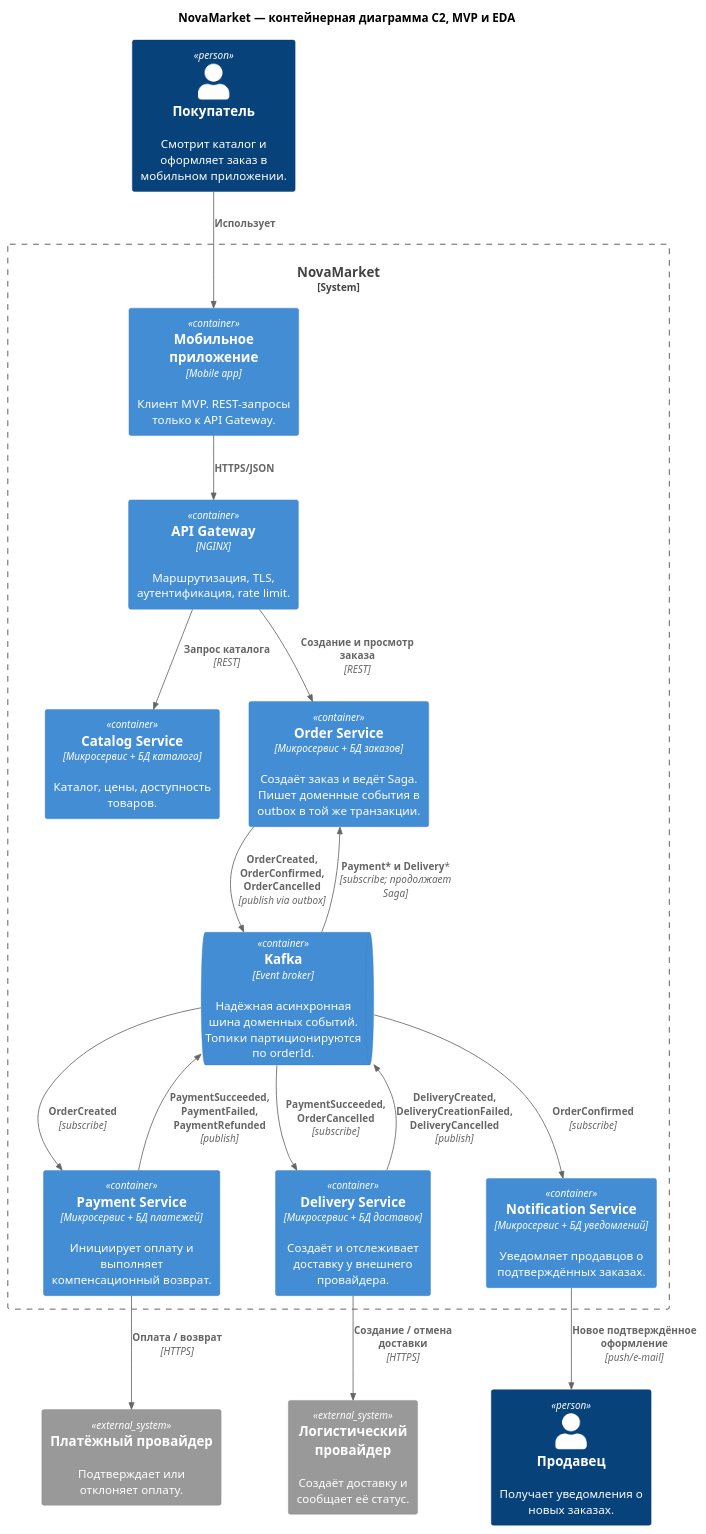
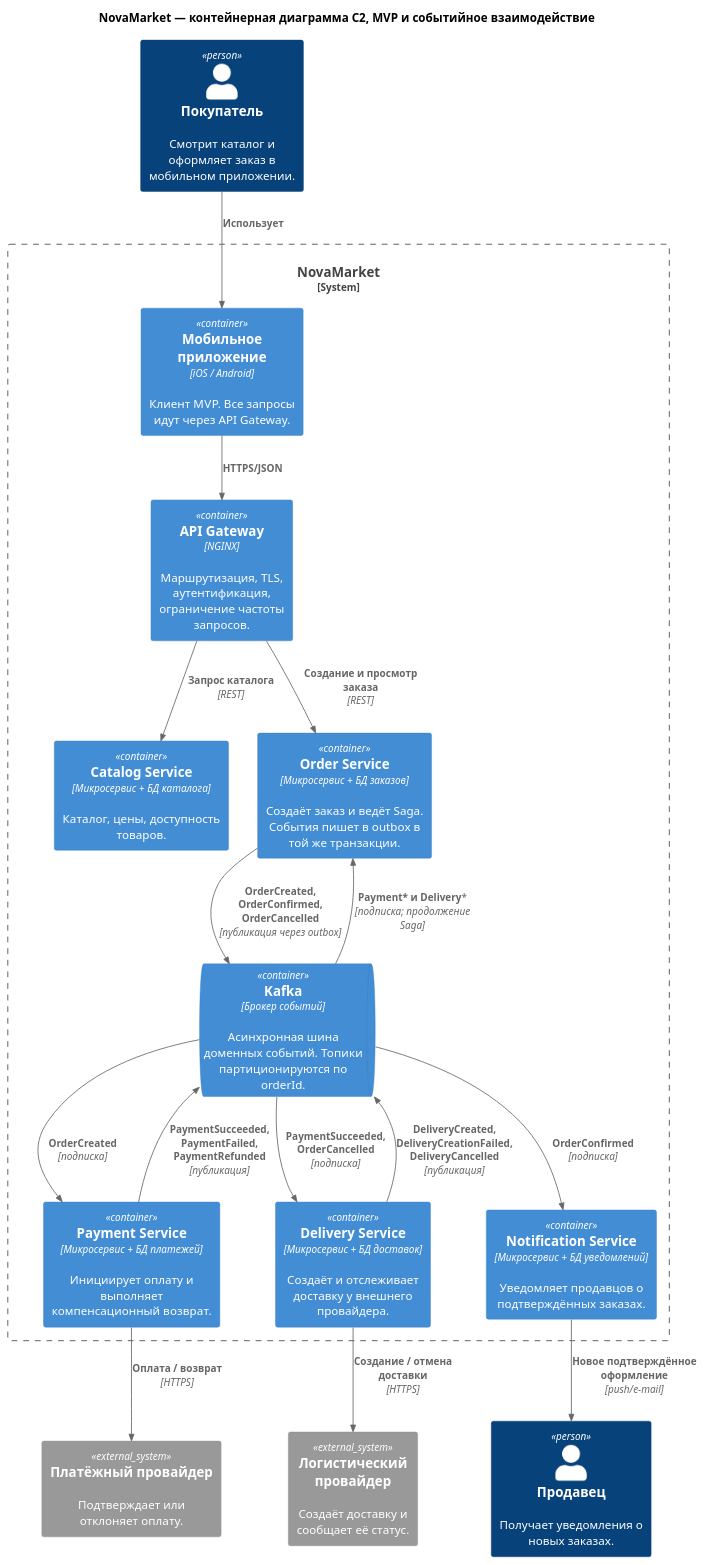
The diagram in Task1/c2-event-driven-architecture.puml (FFinn/MSA-3-NovaMarket-v1), drawn with PlantUML before and after one commit. The commit also changed 14 other files, not shown here.

```diff
--- a/Task1/c2-event-driven-architecture.puml
+++ b/Task1/c2-event-driven-architecture.puml
@@ -1,36 +1,36 @@
 @startuml
 !include <C4/C4_Container>
 LAYOUT_TOP_DOWN()
-title NovaMarket — контейнерная диаграмма C2, MVP и EDA
+title NovaMarket — контейнерная диаграмма C2, MVP и событийное взаимодействие
 
 Person(customer, "Покупатель", "Смотрит каталог и оформляет заказ в мобильном приложении.")
 Person(seller, "Продавец", "Получает уведомления о новых заказах.")
 System_Ext(payment, "Платёжный провайдер", "Подтверждает или отклоняет оплату.")
 System_Ext(logistics, "Логистический провайдер", "Создаёт доставку и сообщает её статус.")
 
 System_Boundary(novamarket, "NovaMarket") {
-  Container(mobile, "Мобильное приложение", "Mobile app", "Клиент MVP. REST-запросы только к API Gateway.")
-  Container(gateway, "API Gateway", "NGINX", "Маршрутизация, TLS, аутентификация, rate limit.")
+  Container(mobile, "Мобильное приложение", "iOS / Android", "Клиент MVP. Все запросы идут через API Gateway.")
+  Container(gateway, "API Gateway", "NGINX", "Маршрутизация, TLS, аутентификация, ограничение частоты запросов.")
   Container(catalog, "Catalog Service", "Микросервис + БД каталога", "Каталог, цены, доступность товаров.")
-  Container(order, "Order Service", "Микросервис + БД заказов", "Создаёт заказ и ведёт Saga. Пишет доменные события в outbox в той же транзакции.")
+  Container(order, "Order Service", "Микросервис + БД заказов", "Создаёт заказ и ведёт Saga. События пишет в outbox в той же транзакции.")
   Container(paymentService, "Payment Service", "Микросервис + БД платежей", "Инициирует оплату и выполняет компенсационный возврат.")
   Container(delivery, "Delivery Service", "Микросервис + БД доставок", "Создаёт и отслеживает доставку у внешнего провайдера.")
   Container(notification, "Notification Service", "Микросервис + БД уведомлений", "Уведомляет продавцов о подтверждённых заказах.")
-  ContainerQueue(kafka, "Kafka", "Event broker", "Надёжная асинхронная шина доменных событий. Топики партиционируются по orderId.")
+  ContainerQueue(kafka, "Kafka", "Брокер событий", "Асинхронная шина доменных событий. Топики партиционируются по orderId.")
 }
 
 Rel(customer, mobile, "Использует")
 Rel(mobile, gateway, "HTTPS/JSON")
 Rel(gateway, catalog, "Запрос каталога", "REST")
 Rel(gateway, order, "Создание и просмотр заказа", "REST")
-Rel(order, kafka, "OrderCreated, OrderConfirmed, OrderCancelled", "publish via outbox")
-Rel(kafka, paymentService, "OrderCreated", "subscribe")
+Rel(order, kafka, "OrderCreated, OrderConfirmed, OrderCancelled", "публикация через outbox")
+Rel(kafka, paymentService, "OrderCreated", "подписка")
 Rel(paymentService, payment, "Оплата / возврат", "HTTPS")
-Rel(paymentService, kafka, "PaymentSucceeded, PaymentFailed, PaymentRefunded", "publish")
-Rel(kafka, delivery, "PaymentSucceeded, OrderCancelled", "subscribe")
+Rel(paymentService, kafka, "PaymentSucceeded, PaymentFailed, PaymentRefunded", "публикация")
+Rel(kafka, delivery, "PaymentSucceeded, OrderCancelled", "подписка")
 Rel(delivery, logistics, "Создание / отмена доставки", "HTTPS")
-Rel(delivery, kafka, "DeliveryCreated, DeliveryCreationFailed, DeliveryCancelled", "publish")
-Rel(kafka, order, "Payment* и Delivery*", "subscribe; продолжает Saga")
-Rel(kafka, notification, "OrderConfirmed", "subscribe")
+Rel(delivery, kafka, "DeliveryCreated, DeliveryCreationFailed, DeliveryCancelled", "публикация")
+Rel(kafka, order, "Payment* и Delivery*", "подписка; продолжение Saga")
+Rel(kafka, notification, "OrderConfirmed", "подписка")
 Rel(notification, seller, "Новое подтверждённое оформление", "push/e-mail")
 @enduml
```
